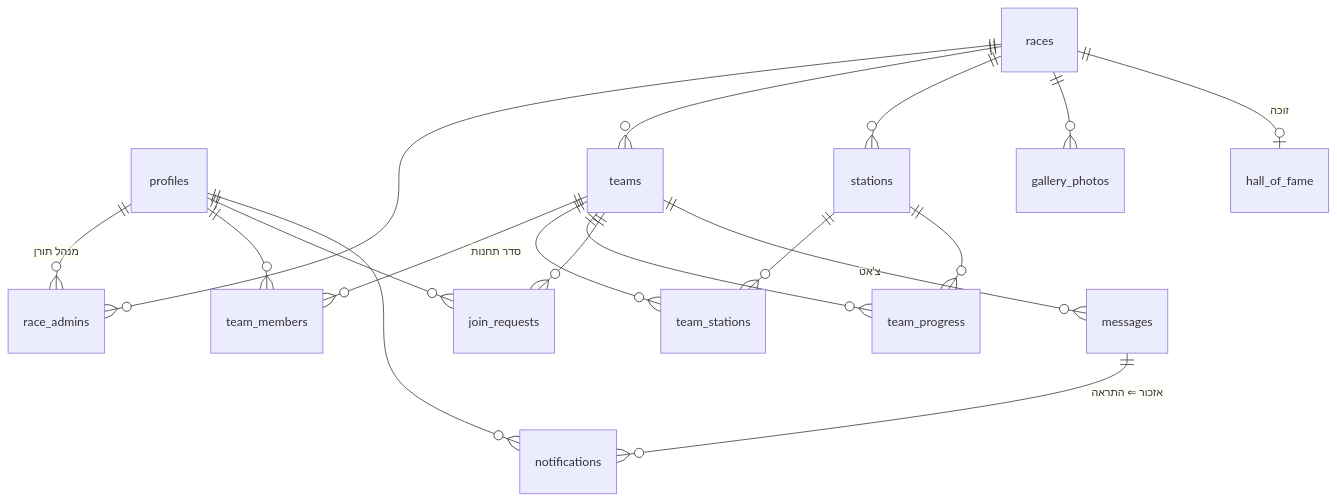
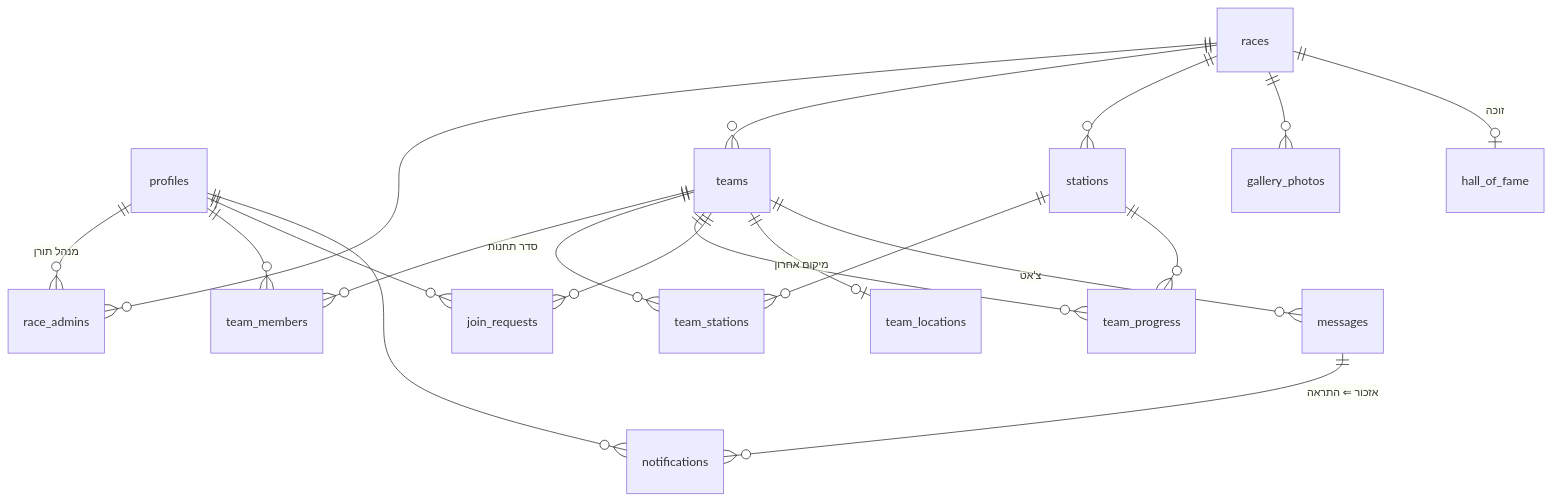
Before and after one commit to LironShirazi/cohen-empire: the diagram in docs/03-data-model.md, drawn with Mermaid. The commit also changed other lines of this file and 30 other files, not shown here.

````diff
--- a/docs/03-data-model.md
+++ b/docs/03-data-model.md
@@ -5,20 +5,21 @@
 ```mermaid
 erDiagram
     profiles ||--o{ race_admins : "מנהל תורן"
     races ||--o{ race_admins : ""
     races ||--o{ teams : ""
     races ||--o{ stations : ""
     races ||--o{ gallery_photos : ""
     teams ||--o{ team_members : ""
     profiles ||--o{ team_members : ""
     teams ||--o{ team_stations : "סדר תחנות"
     stations ||--o{ team_stations : ""
     teams ||--o{ team_progress : ""
     stations ||--o{ team_progress : ""
     teams ||--o{ join_requests : ""
     profiles ||--o{ join_requests : ""
+    teams ||--o| team_locations : "מיקום אחרון"
     teams ||--o{ messages : "צ'אט"
     messages ||--o{ notifications : "אזכור ⇐ התראה"
     profiles ||--o{ notifications : ""
     races ||--o| hall_of_fame : "זוכה"
 ```
````
